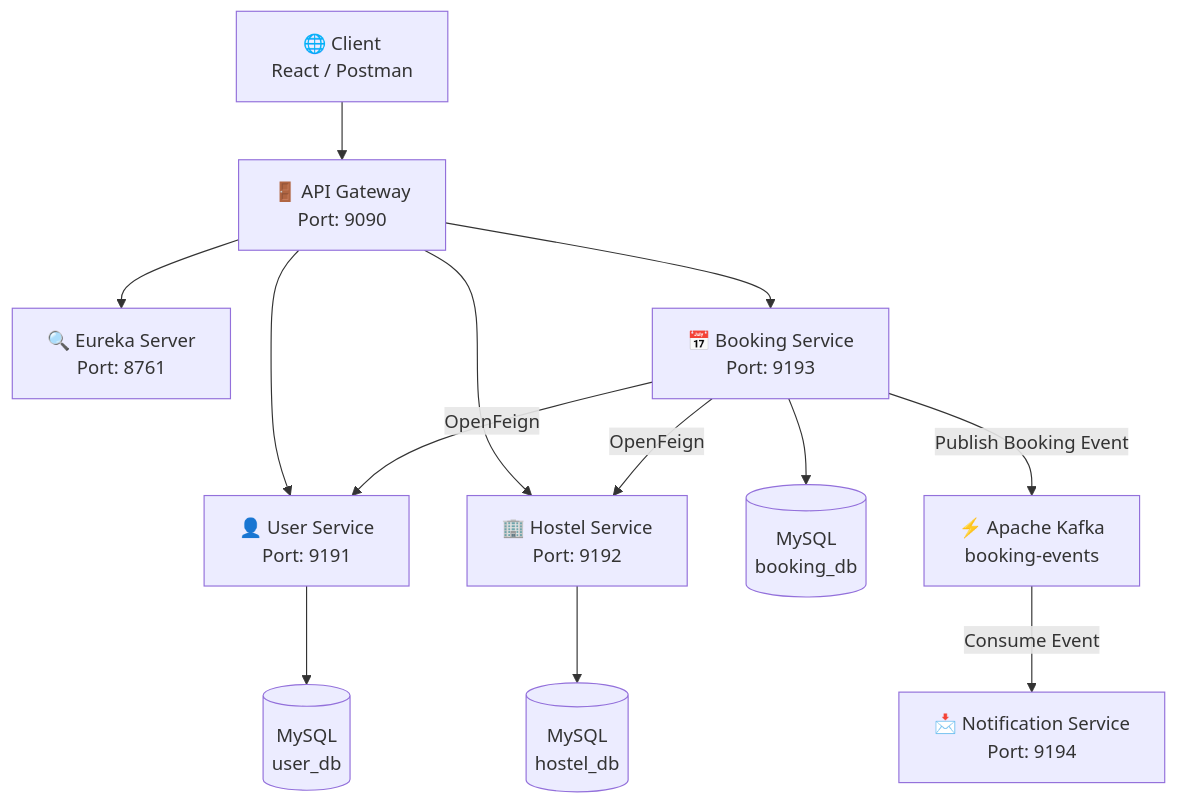
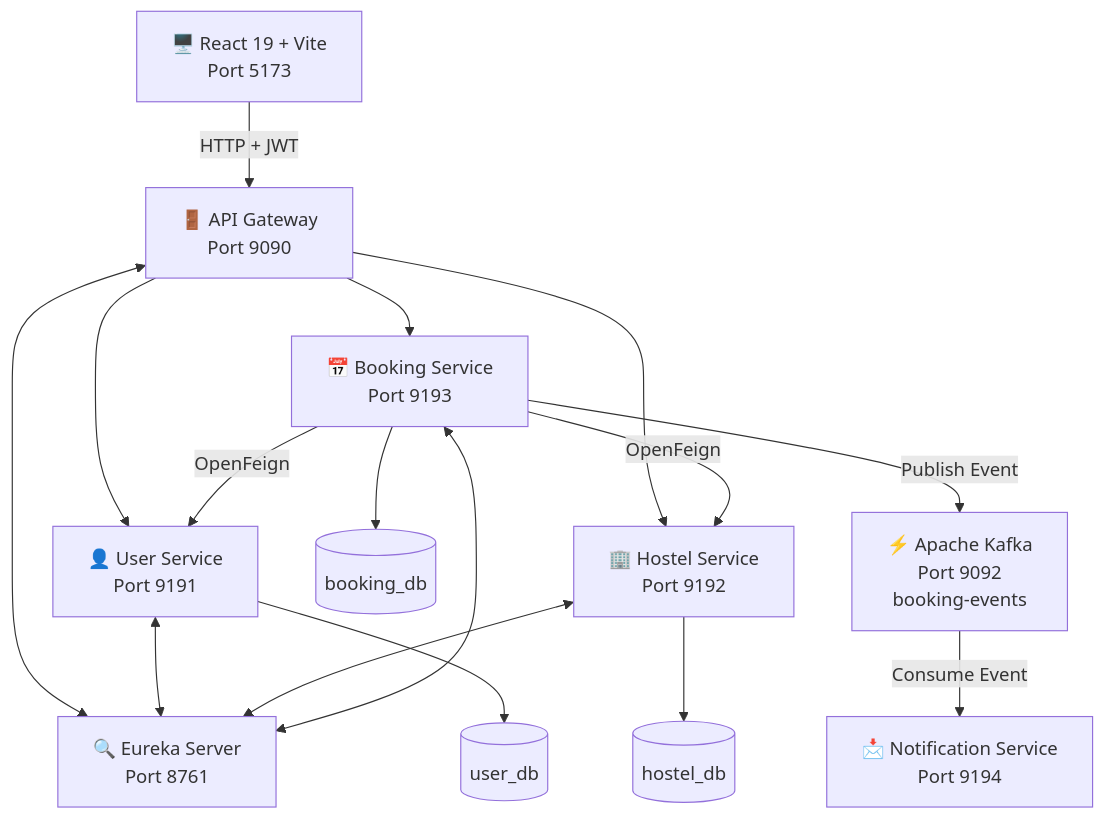
Before and after one commit to venky4378/pg-finder-microservices: the diagram in README.md, drawn with Mermaid. The commit also changed other lines of this file, not shown here.

````diff
--- a/README.md
+++ b/README.md
@@ -43,22 +95,42 @@
 ```mermaid
 flowchart TD
 
-    Client["🌐 Client<br/>React / Postman"] --> Gateway["🚪 API Gateway<br/>Port: 9090"]
+    UI["🖥️ React 19 + Vite<br/>Port 5173"]
 
-    Gateway --> Eureka["🔍 Eureka Server<br/>Port: 8761"]
+    GW["🚪 API Gateway<br/>Port 9090"]
 
-    Gateway --> User["👤 User Service<br/>Port: 9191"]
-    Gateway --> Hostel["🏢 Hostel Service<br/>Port: 9192"]
-    Gateway --> Booking["📅 Booking Service<br/>Port: 9193"]
+    EUREKA["🔍 Eureka Server<br/>Port 8761"]
 
-    User --> UserDB[("MySQL<br/>user_db")]
-    Hostel --> HostelDB[("MySQL<br/>hostel_db")]
-    Booking --> BookingDB[("MySQL<br/>booking_db")]
+    USER["👤 User Service<br/>Port 9191"]
+    HOSTEL["🏢 Hostel Service<br/>Port 9192"]
+    BOOKING["📅 Booking Service<br/>Port 9193"]
+    NOTIFICATION["📩 Notification Service<br/>Port 9194"]
 
-    Booking -->|OpenFeign| Hostel
-    Booking -->|OpenFeign| User
+    USERDB[("user_db")]
+    HOSTELDB[("hostel_db")]
+    BOOKINGDB[("booking_db")]
 
-    Booking -->|Publish Booking Event| Kafka["⚡ Apache Kafka<br/>booking-events"]
+    KAFKA["⚡ Apache Kafka<br/>Port 9092<br/>booking-events"]
 
-    Kafka -->|Consume Event| Notification["📩 Notification Service<br/>Port: 9194"]
+    UI -->|"HTTP + JWT"| GW
+
+    GW <--> EUREKA
+
+    GW --> USER
+    GW --> HOSTEL
+    GW --> BOOKING
+
+    USER <--> EUREKA
+    HOSTEL <--> EUREKA
+    BOOKING <--> EUREKA
+
+    USER --> USERDB
+    HOSTEL --> HOSTELDB
+    BOOKING --> BOOKINGDB
+
+    BOOKING -->|"OpenFeign"| HOSTEL
+    BOOKING -->|"OpenFeign"| USER
+
+    BOOKING -->|"Publish Event"| KAFKA
+    KAFKA -->|"Consume Event"| NOTIFICATION
 ```
````
